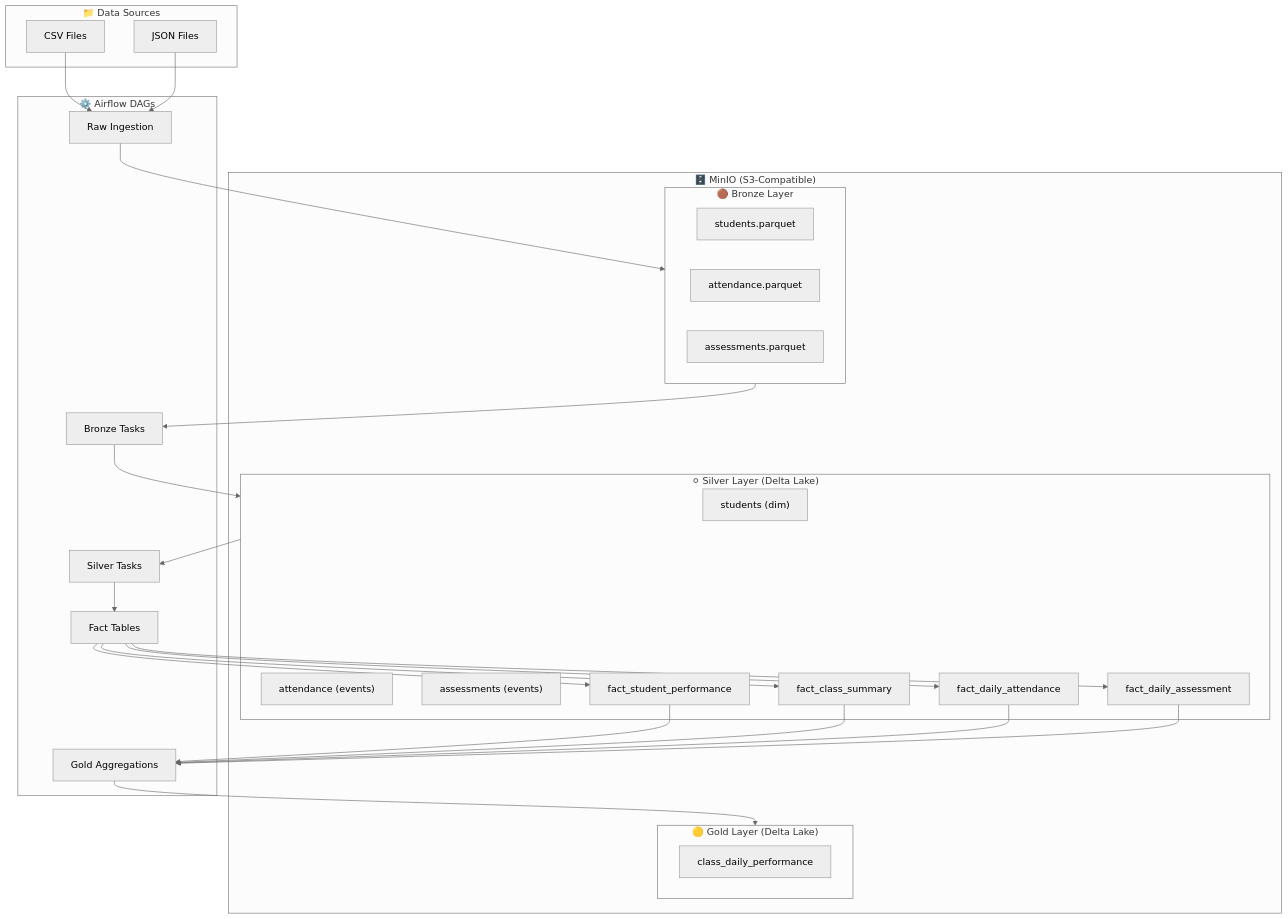
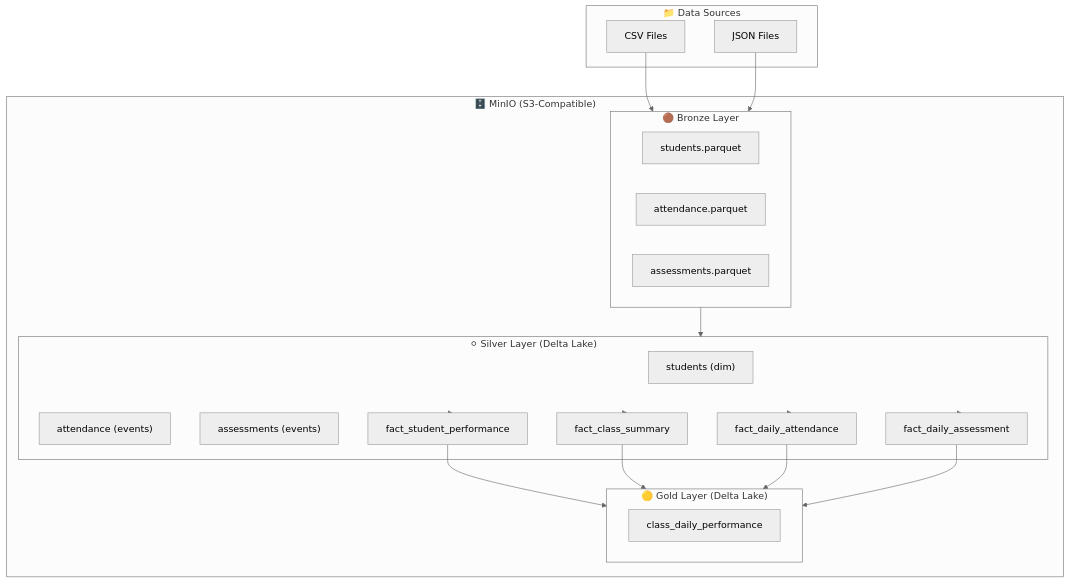
The diagram in README.md (abduldjafar/optask), drawn with Mermaid (neutral theme) before and after one commit. The commit also changed other lines of this file and 3 other files, not shown here.

````diff
--- a/README.md
+++ b/README.md
@@ -28,45 +49,35 @@
 ```mermaid
 flowchart TD
     subgraph Sources["📁 Data Sources"]
         CSV["CSV Files"]
         JSON["JSON Files"]
     end
 
     subgraph Storage["🗄️ MinIO (S3-Compatible)"]
         subgraph Bronze["🟤 Bronze Layer"]
             B1["students.parquet"]
             B2["attendance.parquet"]
             B3["assessments.parquet"]
         end
 
         subgraph Silver["⚪ Silver Layer (Delta Lake)"]
             S1["students (dim)"]
             S2["attendance (events)"]
             S3["assessments (events)"]
             S4["fact_student_performance"]
             S5["fact_class_summary"]
             S6["fact_daily_attendance"]
             S7["fact_daily_assessment"]
         end
 
         subgraph Gold["🟡 Gold Layer (Delta Lake)"]
             G1["class_daily_performance"]
         end
     end
 
-    subgraph Processing["⚙️ Airflow DAGs"]
-        Raw["Raw Ingestion"]
-        BronzeTasks["Bronze Tasks"]
-        SilverTasks["Silver Tasks"]
-        FactTasks["Fact Tables"]
-        GoldTasks["Gold Aggregations"]
-    end
-
-    CSV --> Raw
-    JSON --> Raw
-    Raw --> Bronze
-    Bronze --> BronzeTasks --> Silver
-    Silver --> SilverTasks
-    SilverTasks --> FactTasks --> S4 & S5 & S6 & S7
-    S4 & S5 & S6 & S7 --> GoldTasks --> Gold
+    CSV --> Bronze
+    JSON --> Bronze
+    Bronze --> Silver
+    Silver --> S4 & S5 & S6 & S7
+    S4 & S5 & S6 & S7 --> Gold
 ```
````
